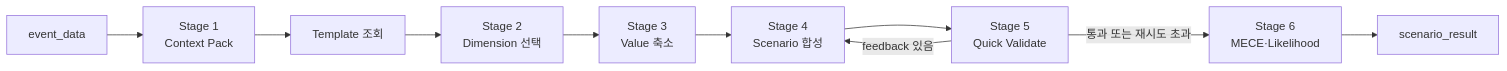
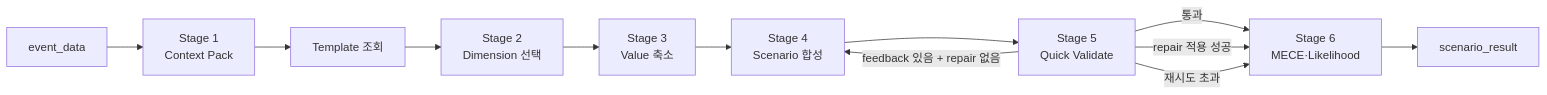
One commit to enkhbaatarL/skmip-mi-agent changed the second of 7 diagrams in docs/architectures/scenario_group_agent_flow_pipeline.md. Above: the diagram before and after it, drawn with Mermaid. The commit also changed other lines of this file and 4 other files, not shown here.

````diff
--- a/docs/architectures/scenario_group_agent_flow_pipeline.md
+++ b/docs/architectures/scenario_group_agent_flow_pipeline.md
@@ -150,12 +150,14 @@
 ```mermaid
 flowchart LR
     A[event_data] --> B[Stage 1<br/>Context Pack]
     B --> C[Template 조회]
     C --> D[Stage 2<br/>Dimension 선택]
     D --> E[Stage 3<br/>Value 축소]
     E --> F[Stage 4<br/>Scenario 합성]
     F --> G[Stage 5<br/>Quick Validate]
-    G -->|feedback 있음| F
-    G -->|통과 또는 재시도 초과| H[Stage 6<br/>MECE·Likelihood]
+    G -->|통과| H[Stage 6<br/>MECE·Likelihood]
+    G -->|repair 적용 성공| H
+    G -->|feedback 있음 + repair 없음| F
+    G -->|재시도 초과| H
     H --> I[scenario_result]
 ```
````
